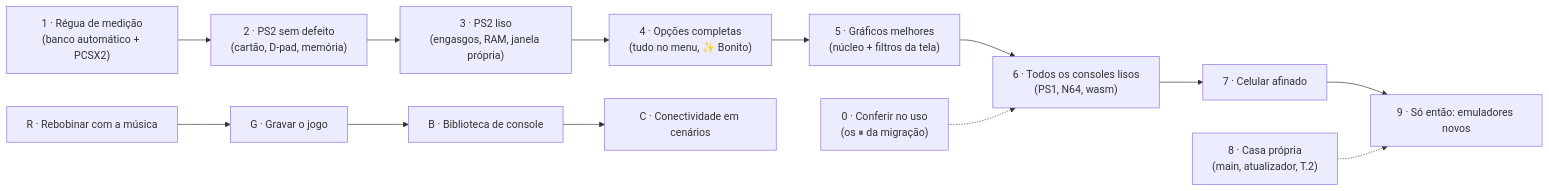
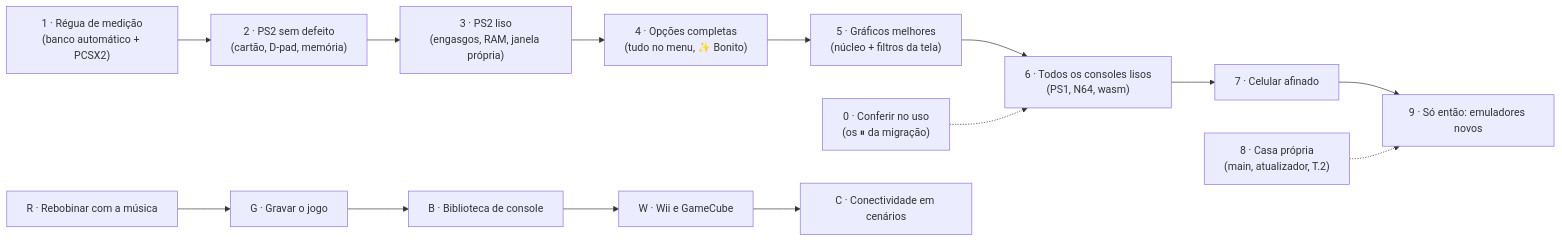
Before and after one commit to Marcelao98/KOFstation: the diagram in docs/ROADMAP.md, drawn with Mermaid. The commit also changed other lines of this file and 3 other files, not shown here.

First line of the commit message:
Tarefa W preparada: Wii e GameCube (Dolphin) pro Claude local; fase W no roadmap

````diff
--- a/docs/ROADMAP.md
+++ b/docs/ROADMAP.md
@@ -23,21 +23,22 @@
 ```mermaid
 flowchart LR
   F0["0 · Conferir no uso<br/>(os ⏸ da migração)"]
   F1["1 · Régua de medição<br/>(banco automático + PCSX2)"]
   F2["2 · PS2 sem defeito<br/>(cartão, D-pad, memória)"]
   F3["3 · PS2 liso<br/>(engasgos, RAM, janela própria)"]
   F4["4 · Opções completas<br/>(tudo no menu, ✨ Bonito)"]
   F5["5 · Gráficos melhores<br/>(núcleo + filtros da tela)"]
   F6["6 · Todos os consoles lisos<br/>(PS1, N64, wasm)"]
   F7["7 · Celular afinado"]
   F8["8 · Casa própria<br/>(main, atualizador, T.2)"]
   F9["9 · Só então: emuladores novos"]
   FR["R · Rebobinar com a música"]
   FG["G · Gravar o jogo"]
   FB["B · Biblioteca de console"]
   FC["C · Conectividade em cenários"]
   F1 --> F2 --> F3 --> F4 --> F5 --> F6 --> F7 --> F9
   F0 -.-> F6
   F8 -.-> F9
-  FR --> FG --> FB --> FC
+  FW["W · Wii e GameCube"]
+  FR --> FG --> FB --> FW --> FC
 ```
````
